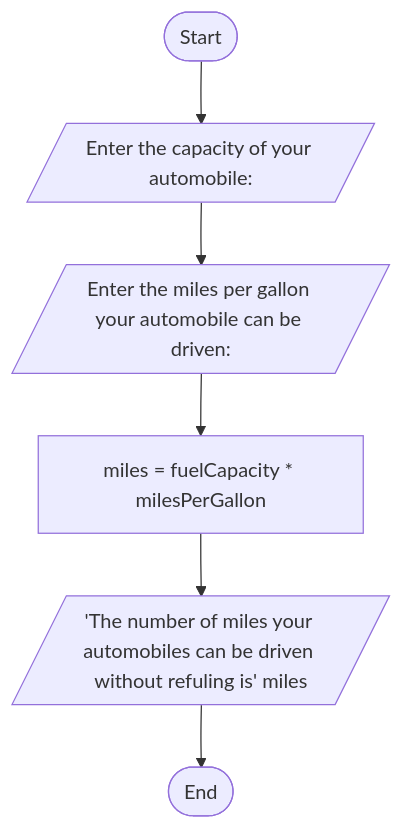
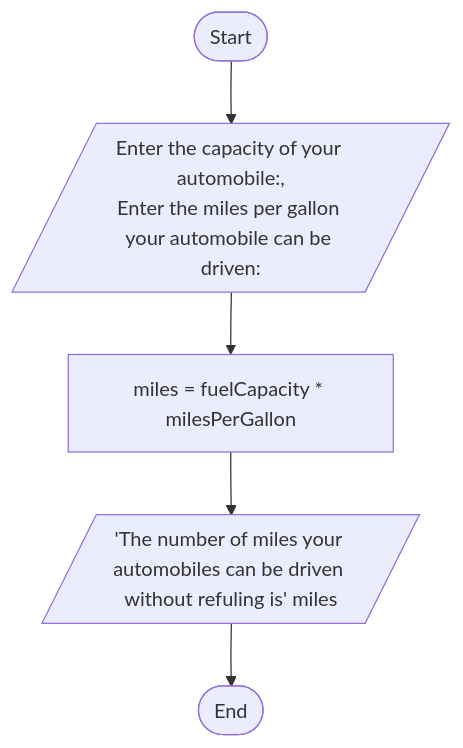
Before and after one commit to SWEG-2015EC-Batch/Felix: the diagram in ETS1049_15_Natnael_Yonas/mile_calculator.md, drawn with Mermaid.

````diff
--- a/ETS1049_15_Natnael_Yonas/mile_calculator.md
+++ b/ETS1049_15_Natnael_Yonas/mile_calculator.md
@@ -15,8 +15,8 @@
 ```mermaid
 graph TD;
-A([Start]) --> B[/Enter the capacity of your automobile:/];
-B --> C[/Enter the miles per gallon your automobile can be driven:/];
-C --> D[miles = fuelCapacity * milesPerGallon];
+A([Start]) --> B[/"Enter the capacity of your automobile:,
+Enter the miles per gallon your automobile can be driven:"/];
+B --> D[miles = fuelCapacity * milesPerGallon];
 D --> E[/'The number of miles your automobiles can be driven without refuling is' miles/];
 E --> F([End]);
 ```
````
